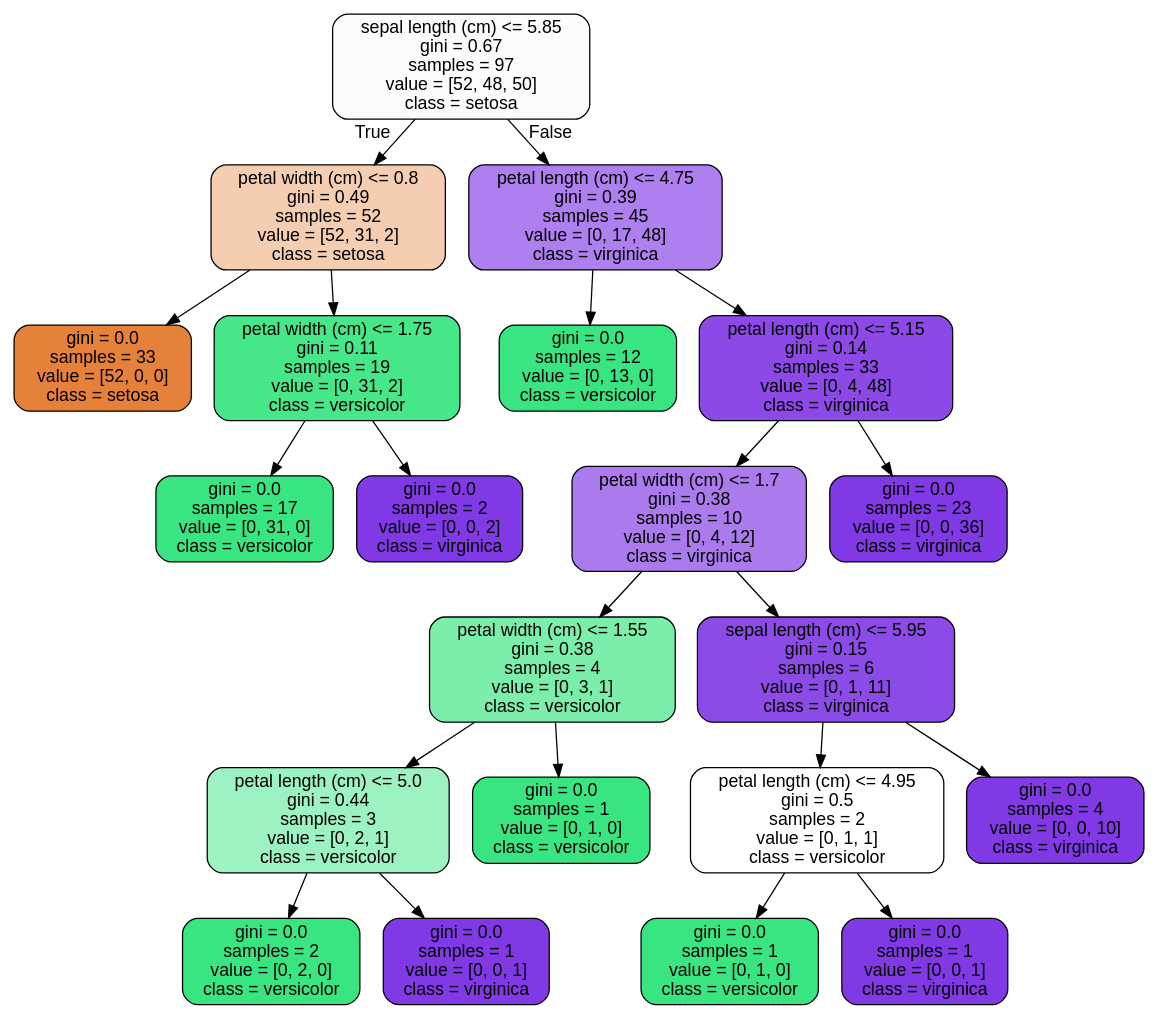
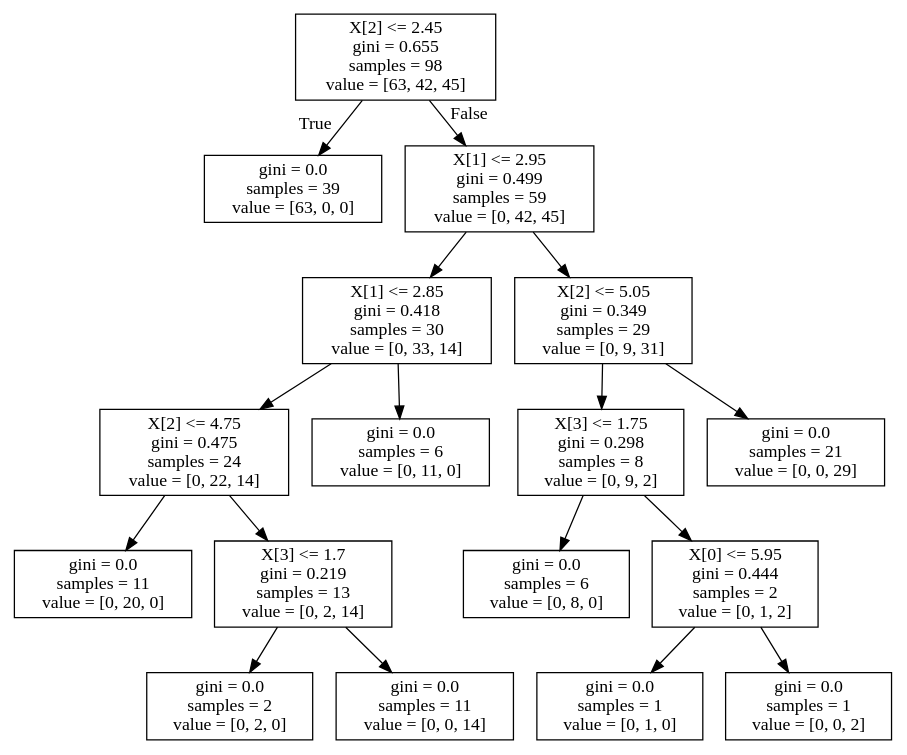
Before and after one commit to sathvikaithala/Final_project: the diagram in Machine_Learning/tree.dot, drawn with Graphviz. The commit also changed 1 other file, not shown here.

```diff
--- a/Machine_Learning/tree.dot
+++ b/Machine_Learning/tree.dot
@@ -1,45 +1,36 @@
 digraph Tree {
-node [shape=box, style="filled, rounded", color="black", fontname=helvetica] ;
-edge [fontname=helvetica] ;
-0 [label="sepal length (cm) <= 5.85\ngini = 0.67\nsamples = 97\nvalue = [52, 48, 50]\nclass = setosa", fillcolor="#fefcfb"] ;
-1 [label="petal width (cm) <= 0.8\ngini = 0.49\nsamples = 52\nvalue = [52, 31, 2]\nclass = setosa", fillcolor="#f5ceb2"] ;
+node [shape=box] ;
+0 [label="X[2] <= 2.45\ngini = 0.655\nsamples = 98\nvalue = [63, 42, 45]"] ;
+1 [label="gini = 0.0\nsamples = 39\nvalue = [63, 0, 0]"] ;
 0 -> 1 [labeldistance=2.5, labelangle=45, headlabel="True"] ;
-2 [label="gini = 0.0\nsamples = 33\nvalue = [52, 0, 0]\nclass = setosa", fillcolor="#e58139"] ;
-1 -> 2 ;
-3 [label="petal width (cm) <= 1.75\ngini = 0.11\nsamples = 19\nvalue = [0, 31, 2]\nclass = versicolor", fillcolor="#46e789"] ;
-1 -> 3 ;
-4 [label="gini = 0.0\nsamples = 17\nvalue = [0, 31, 0]\nclass = versicolor", fillcolor="#39e581"] ;
+2 [label="X[1] <= 2.95\ngini = 0.499\nsamples = 59\nvalue = [0, 42, 45]"] ;
+0 -> 2 [labeldistance=2.5, labelangle=-45, headlabel="False"] ;
+3 [label="X[1] <= 2.85\ngini = 0.418\nsamples = 30\nvalue = [0, 33, 14]"] ;
+2 -> 3 ;
+4 [label="X[2] <= 4.75\ngini = 0.475\nsamples = 24\nvalue = [0, 22, 14]"] ;
 3 -> 4 ;
-5 [label="gini = 0.0\nsamples = 2\nvalue = [0, 0, 2]\nclass = virginica", fillcolor="#8139e5"] ;
-3 -> 5 ;
-6 [label="petal length (cm) <= 4.75\ngini = 0.39\nsamples = 45\nvalue = [0, 17, 48]\nclass = virginica", fillcolor="#ae7fee"] ;
-0 -> 6 [labeldistance=2.5, labelangle=-45, headlabel="False"] ;
-7 [label="gini = 0.0\nsamples = 12\nvalue = [0, 13, 0]\nclass = versicolor", fillcolor="#39e581"] ;
+5 [label="gini = 0.0\nsamples = 11\nvalue = [0, 20, 0]"] ;
+4 -> 5 ;
+6 [label="X[3] <= 1.7\ngini = 0.219\nsamples = 13\nvalue = [0, 2, 14]"] ;
+4 -> 6 ;
+7 [label="gini = 0.0\nsamples = 2\nvalue = [0, 2, 0]"] ;
 6 -> 7 ;
-8 [label="petal length (cm) <= 5.15\ngini = 0.14\nsamples = 33\nvalue = [0, 4, 48]\nclass = virginica", fillcolor="#8c49e7"] ;
+8 [label="gini = 0.0\nsamples = 11\nvalue = [0, 0, 14]"] ;
 6 -> 8 ;
-9 [label="petal width (cm) <= 1.7\ngini = 0.38\nsamples = 10\nvalue = [0, 4, 12]\nclass = virginica", fillcolor="#ab7bee"] ;
-8 -> 9 ;
-10 [label="petal width (cm) <= 1.55\ngini = 0.38\nsamples = 4\nvalue = [0, 3, 1]\nclass = versicolor", fillcolor="#7beeab"] ;
-9 -> 10 ;
-11 [label="petal length (cm) <= 5.0\ngini = 0.44\nsamples = 3\nvalue = [0, 2, 1]\nclass = versicolor", fillcolor="#9cf2c0"] ;
+9 [label="gini = 0.0\nsamples = 6\nvalue = [0, 11, 0]"] ;
+3 -> 9 ;
+10 [label="X[2] <= 5.05\ngini = 0.349\nsamples = 29\nvalue = [0, 9, 31]"] ;
+2 -> 10 ;
+11 [label="X[3] <= 1.75\ngini = 0.298\nsamples = 8\nvalue = [0, 9, 2]"] ;
 10 -> 11 ;
-12 [label="gini = 0.0\nsamples = 2\nvalue = [0, 2, 0]\nclass = versicolor", fillcolor="#39e581"] ;
+12 [label="gini = 0.0\nsamples = 6\nvalue = [0, 8, 0]"] ;
 11 -> 12 ;
-13 [label="gini = 0.0\nsamples = 1\nvalue = [0, 0, 1]\nclass = virginica", fillcolor="#8139e5"] ;
+13 [label="X[0] <= 5.95\ngini = 0.444\nsamples = 2\nvalue = [0, 1, 2]"] ;
 11 -> 13 ;
-14 [label="gini = 0.0\nsamples = 1\nvalue = [0, 1, 0]\nclass = versicolor", fillcolor="#39e581"] ;
-10 -> 14 ;
-15 [label="sepal length (cm) <= 5.95\ngini = 0.15\nsamples = 6\nvalue = [0, 1, 11]\nclass = virginica", fillcolor="#8c4be7"] ;
-9 -> 15 ;
-16 [label="petal length (cm) <= 4.95\ngini = 0.5\nsamples = 2\nvalue = [0, 1, 1]\nclass = versicolor", fillcolor="#ffffff"] ;
-15 -> 16 ;
-17 [label="gini = 0.0\nsamples = 1\nvalue = [0, 1, 0]\nclass = versicolor", fillcolor="#39e581"] ;
-16 -> 17 ;
-18 [label="gini = 0.0\nsamples = 1\nvalue = [0, 0, 1]\nclass = virginica", fillcolor="#8139e5"] ;
-16 -> 18 ;
-19 [label="gini = 0.0\nsamples = 4\nvalue = [0, 0, 10]\nclass = virginica", fillcolor="#8139e5"] ;
-15 -> 19 ;
-20 [label="gini = 0.0\nsamples = 23\nvalue = [0, 0, 36]\nclass = virginica", fillcolor="#8139e5"] ;
-8 -> 20 ;
+14 [label="gini = 0.0\nsamples = 1\nvalue = [0, 1, 0]"] ;
+13 -> 14 ;
+15 [label="gini = 0.0\nsamples = 1\nvalue = [0, 0, 2]"] ;
+13 -> 15 ;
+16 [label="gini = 0.0\nsamples = 21\nvalue = [0, 0, 29]"] ;
+10 -> 16 ;
 }
```
